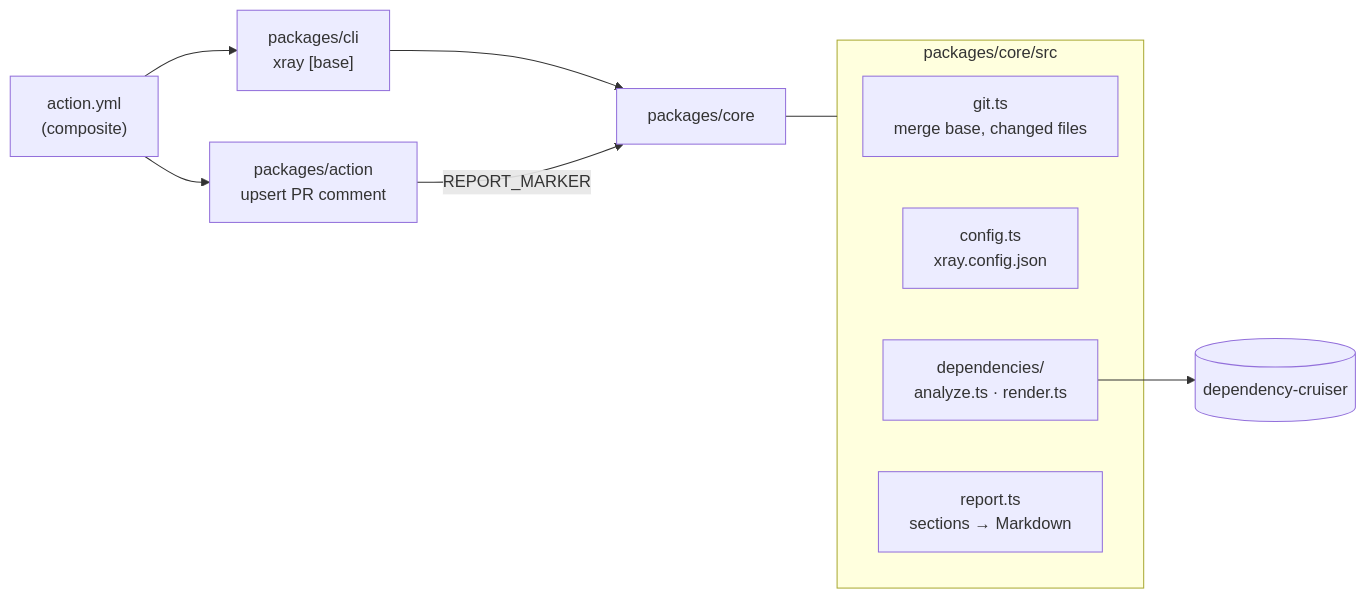
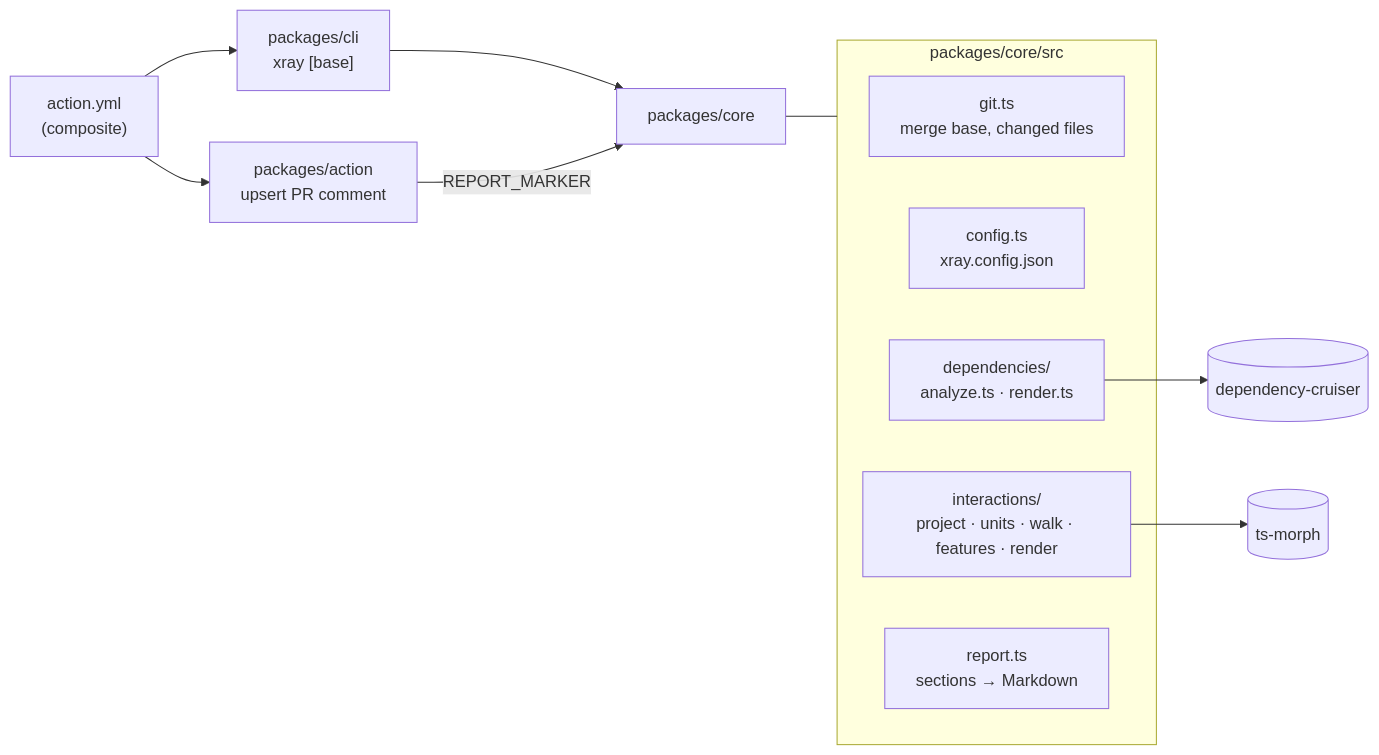
Before and after one commit to pearpages/xray: the diagram in architecture.md, drawn with Mermaid. The commit also changed other lines of this file and 5 other files, not shown here.

````diff
--- a/architecture.md
+++ b/architecture.md
@@ -21,15 +21,17 @@
 ```mermaid
 flowchart LR
   action_yml["action.yml<br/>(composite)"] --> cli["packages/cli<br/>xray [base]"]
   action_yml --> comment["packages/action<br/>upsert PR comment"]
   cli --> core["packages/core"]
   comment -->|REPORT_MARKER| core
   subgraph core_internals["packages/core/src"]
     git["git.ts<br/>merge base, changed files"]
     config["config.ts<br/>xray.config.json"]
     deps["dependencies/<br/>analyze.ts · render.ts"]
+    inter["interactions/<br/>project · units · walk · features · render"]
     report["report.ts<br/>sections → Markdown"]
   end
   core --- core_internals
   deps --> depcruise[("dependency-cruiser")]
+  inter --> tsmorph[("ts-morph")]
 ```
````
